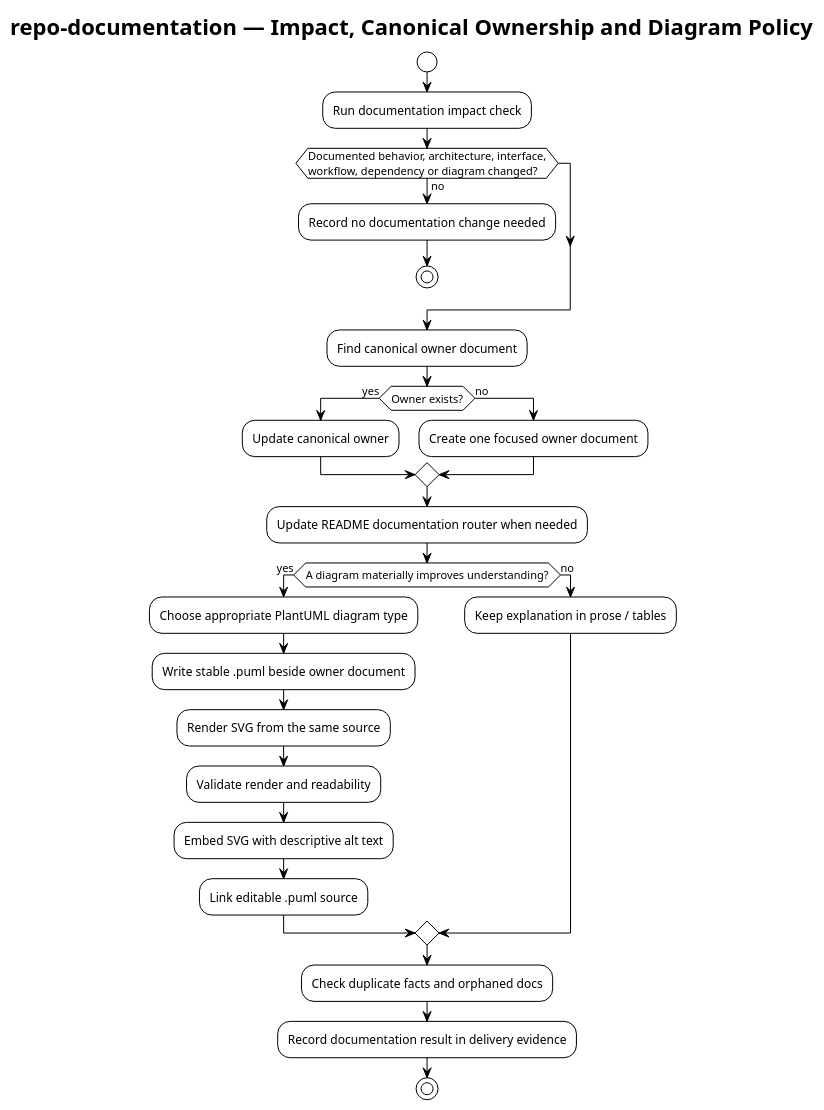
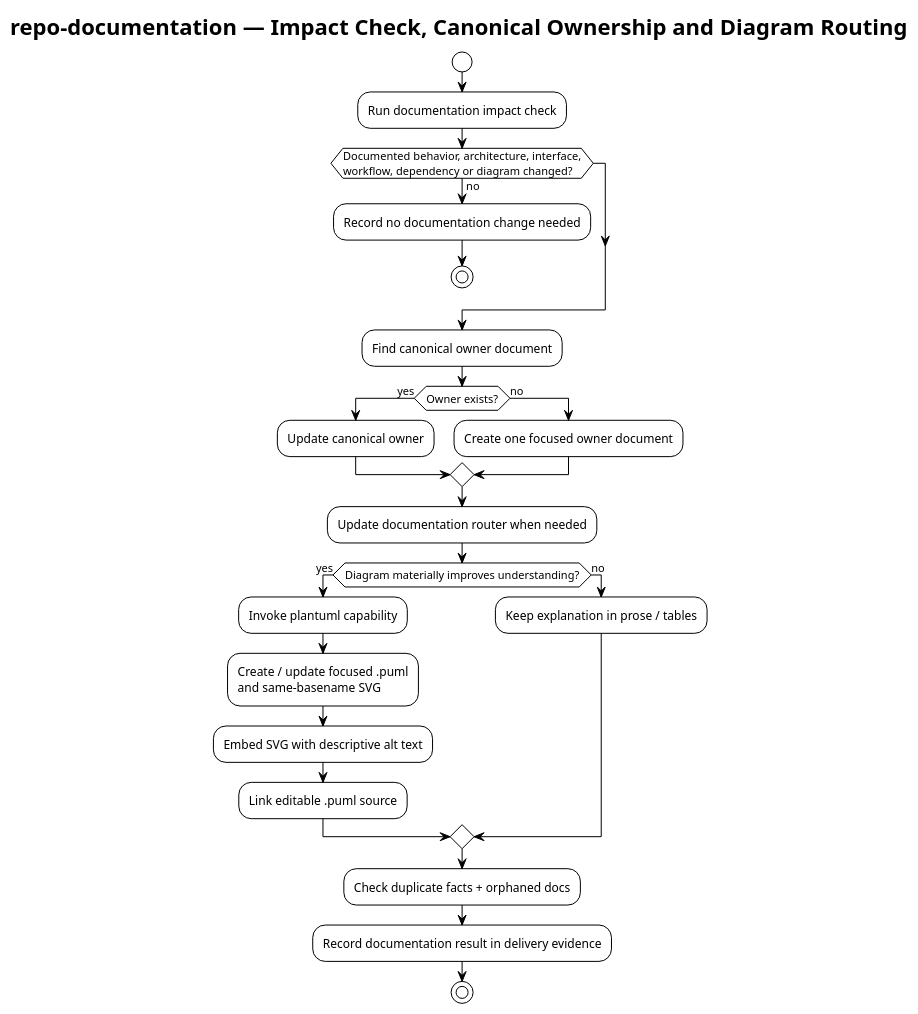
One commit to i-zrhe2016/codex-development-workflow changed the diagram in docs/skills/repo-documentation/diagrams/repo-documentation-flow.puml. Above: the diagram before and after it, drawn with PlantUML. The commit also changed 8 other files, not shown here.

Commit message:
docs(diagrams): normalize PlantUML views

```diff
--- a/docs/skills/repo-documentation/diagrams/repo-documentation-flow.puml
+++ b/docs/skills/repo-documentation/diagrams/repo-documentation-flow.puml
@@ -1,40 +1,38 @@
 @startuml
 !theme plain
 skinparam shadowing false
 skinparam defaultFontName Arial
 
-title repo-documentation — Impact, Canonical Ownership and Diagram Policy
+title repo-documentation — Impact Check, Canonical Ownership and Diagram Routing
 
 start
 :Run documentation impact check;
 
 if (Documented behavior, architecture, interface,\nworkflow, dependency or diagram changed?) then (no)
   :Record no documentation change needed;
   stop
 endif
 
 :Find canonical owner document;
 
 if (Owner exists?) then (yes)
   :Update canonical owner;
 else (no)
   :Create one focused owner document;
 endif
 
-:Update README documentation router when needed;
+:Update documentation router when needed;
 
-if (A diagram materially improves understanding?) then (yes)
-  :Choose appropriate PlantUML diagram type;
-  :Write stable .puml beside owner document;
-  :Render SVG from the same source;
-  :Validate render and readability;
+if (Diagram materially improves understanding?) then (yes)
+  :Invoke plantuml capability;
+  :Create / update focused .puml\nand same-basename SVG;
   :Embed SVG with descriptive alt text;
   :Link editable .puml source;
 else (no)
   :Keep explanation in prose / tables;
 endif
 
-:Check duplicate facts and orphaned docs;
+:Check duplicate facts + orphaned docs;
 :Record documentation result in delivery evidence;
 stop
 @enduml
```
